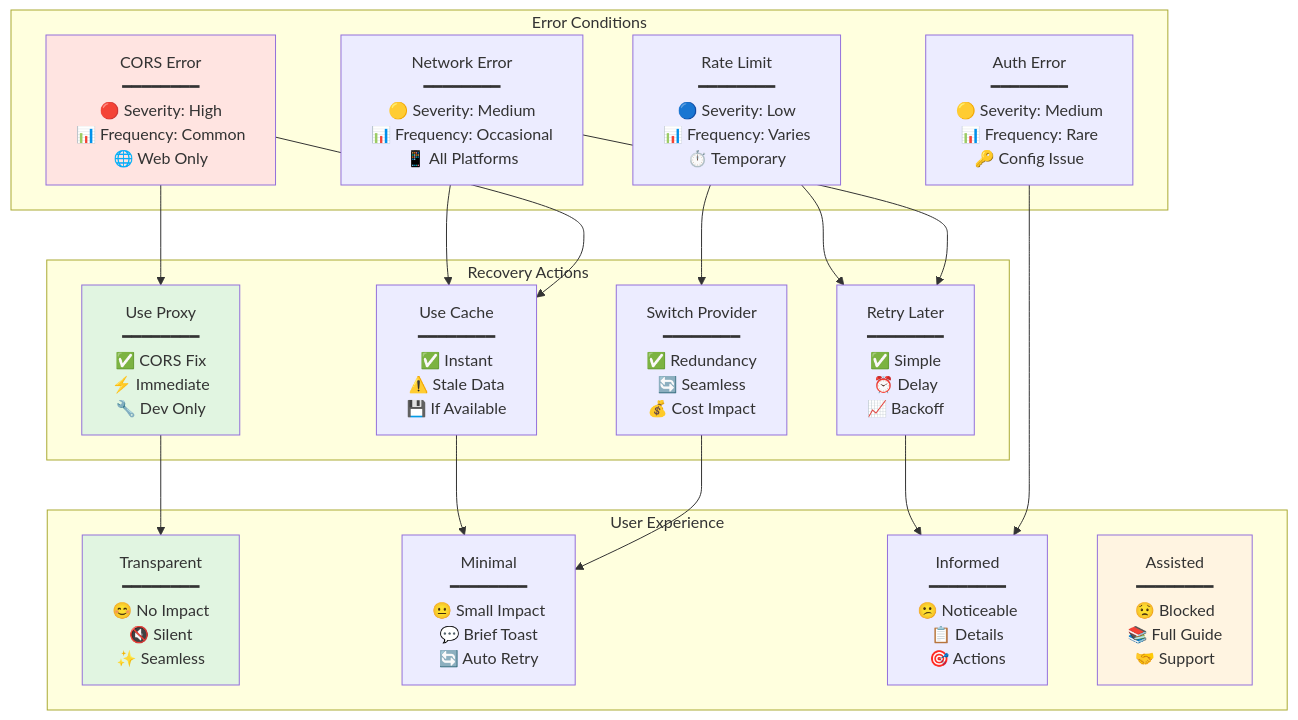
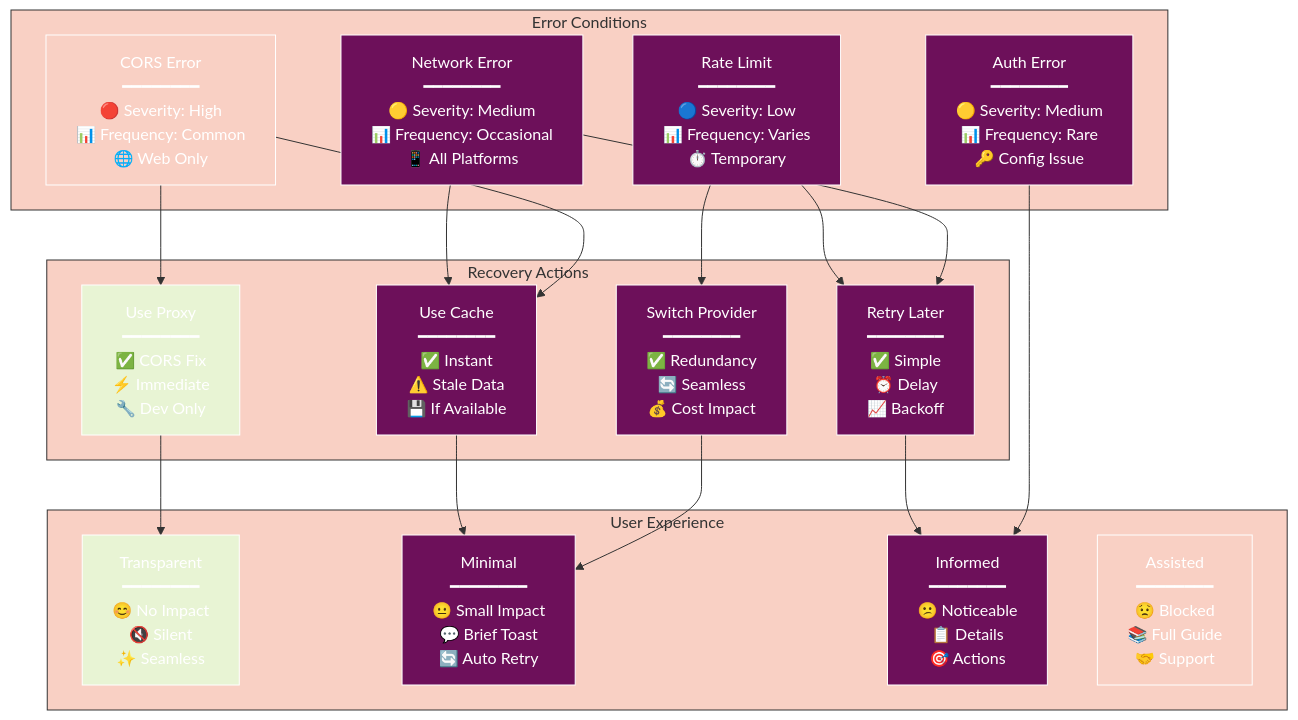
Diagram 13 of 22 in docs/API_CORS_HANDLING.md (radicalkjax/Athena), drawn with Mermaid before and after one commit. The commit also changed other lines of this file and 27 other files, not shown here.

Commit message:
Introduction of expo package manager. Updated docs to reflect changes. Unified mermaid theme for docs.

````diff
--- a/docs/API_CORS_HANDLING.md
+++ b/docs/API_CORS_HANDLING.md
@@ -757,41 +1009,62 @@
 ```mermaid
+%%{init: {
+  'theme': 'base',
+  'themeVariables': {
+    'primaryColor': '#6d105a',
+    'primaryTextColor': '#ffffff',
+    'primaryBorderColor': '#ffffff',
+    'lineColor': '#333333',
+    'secondaryColor': '#e8f4d4',
+    'secondaryTextColor': '#333333',
+    'secondaryBorderColor': '#333333',
+    'tertiaryColor': '#f9d0c4',
+    'tertiaryTextColor': '#333333',
+    'tertiaryBorderColor': '#333333',
+    'background': '#ffffff',
+    'mainBkg': '#6d105a',
+    'secondBkg': '#e8f4d4',
+    'tertiaryBkg': '#f9d0c4',
+    'textColor': '#333333',
+    'fontFamily': 'Arial, sans-serif'
+  }
+}}%%
 graph TB
     subgraph "Error Conditions"
         E1[CORS Error<br/>━━━━━━━━<br/>🔴 Severity: High<br/>📊 Frequency: Common<br/>🌐 Web Only]
         E2[Network Error<br/>━━━━━━━━<br/>🟡 Severity: Medium<br/>📊 Frequency: Occasional<br/>📱 All Platforms]
         E3[Auth Error<br/>━━━━━━━━<br/>🟡 Severity: Medium<br/>📊 Frequency: Rare<br/>🔑 Config Issue]
         E4[Rate Limit<br/>━━━━━━━━<br/>🔵 Severity: Low<br/>📊 Frequency: Varies<br/>⏱️ Temporary]
     end
     
     subgraph "Recovery Actions"
         A1[Use Proxy<br/>━━━━━━━━<br/>✅ CORS Fix<br/>⚡ Immediate<br/>🔧 Dev Only]
         A2[Switch Provider<br/>━━━━━━━━<br/>✅ Redundancy<br/>🔄 Seamless<br/>💰 Cost Impact]
         A3[Use Cache<br/>━━━━━━━━<br/>✅ Instant<br/>⚠️ Stale Data<br/>💾 If Available]
         A4[Retry Later<br/>━━━━━━━━<br/>✅ Simple<br/>⏰ Delay<br/>📈 Backoff]
     end
     
     subgraph "User Experience"
         UX1[Transparent<br/>━━━━━━━━<br/>😊 No Impact<br/>🔇 Silent<br/>✨ Seamless]
         UX2[Minimal<br/>━━━━━━━━<br/>😐 Small Impact<br/>💬 Brief Toast<br/>🔄 Auto Retry]
         UX3[Informed<br/>━━━━━━━━<br/>😕 Noticeable<br/>📋 Details<br/>🎯 Actions]
         UX4[Assisted<br/>━━━━━━━━<br/>😟 Blocked<br/>📚 Full Guide<br/>🤝 Support]
     end
     
     E1 --> A1
     E1 --> A3
     E2 --> A4
     E2 --> A3
     E3 --> UX3
     E4 --> A2
     E4 --> A4
     
     A1 --> UX1
     A2 --> UX2
     A3 --> UX2
     A4 --> UX3
     
-    style E1 fill:#ffe4e1
-    style A1 fill:#e1f5e1
-    style UX1 fill:#e1f5e1
-    style UX4 fill:#fff4e1
+    style E1 fill:#f9d0c4
+    style A1 fill:#e8f4d4
+    style UX1 fill:#e8f4d4
+    style UX4 fill:#f9d0c4
 ```
````
